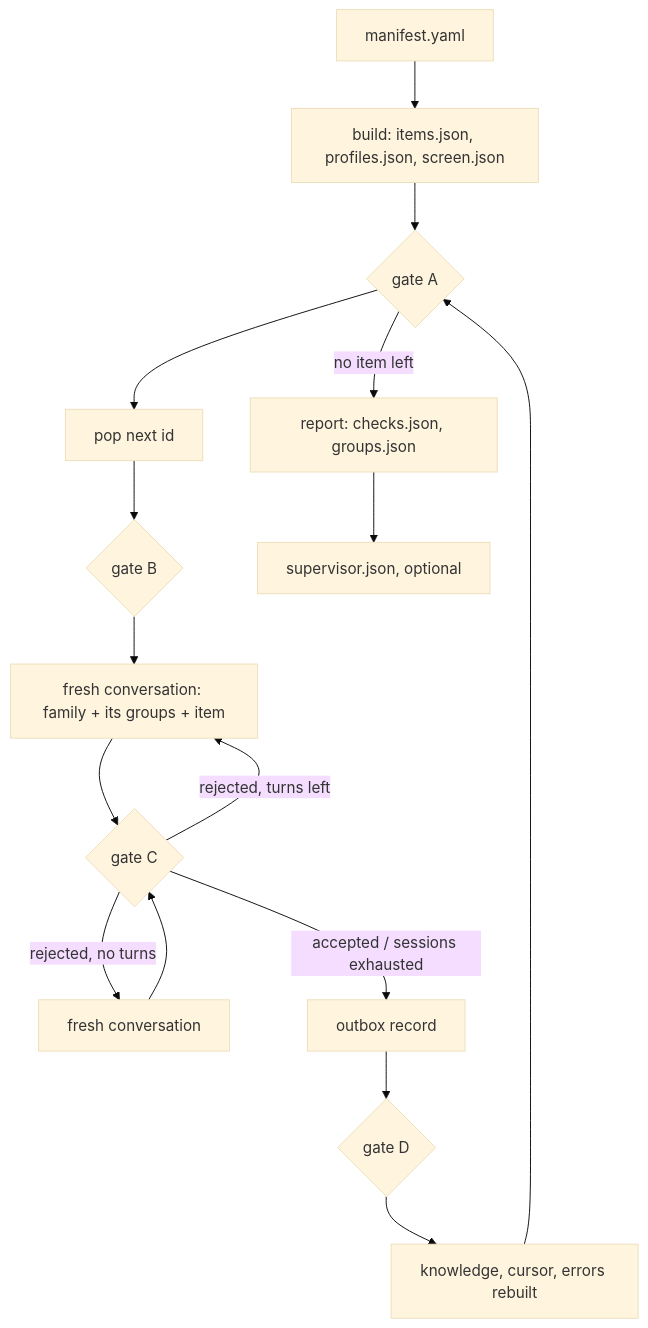
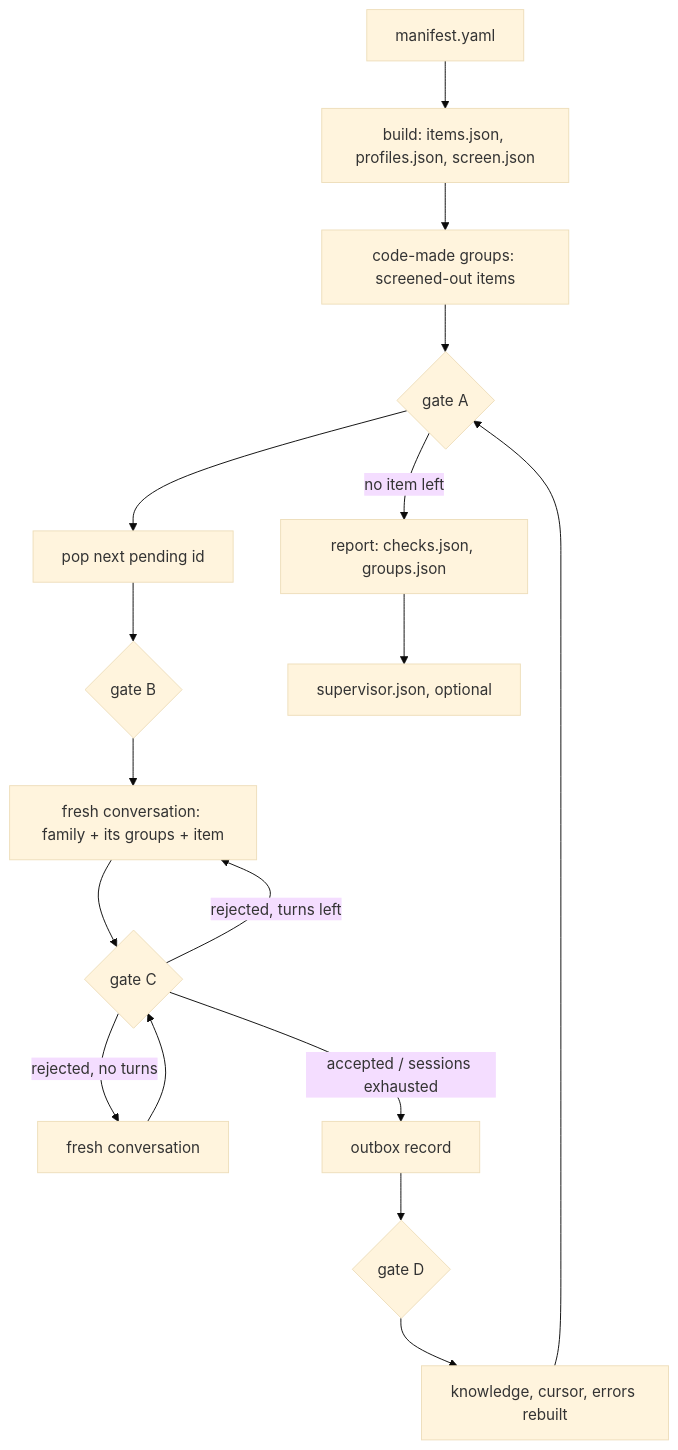
The diagram in perf-repair/docs/grouping.md (JuneKim0007/cryptobenchmark), drawn with Mermaid (base theme) before and after one commit. The commit also changed other lines of this file and 31 other files, not shown here.

First line of the commit message:
perf-repair: screened-out items are grouped by code and never asked (#55)

````diff
--- a/perf-repair/docs/grouping.md
+++ b/perf-repair/docs/grouping.md
@@ -5,14 +5,14 @@
 ```mermaid
 flowchart TD
     M[manifest.yaml] --> B[build: items.json, profiles.json, screen.json]
-    B --> A{gate A}
-    A --> P[pop next id] --> GB{gate B}
+    B --> CG[code-made groups: screened-out items] --> A{gate A}
+    A --> P[pop next pending id] --> GB{gate B}
     GB --> C[fresh conversation: family + its groups + item]
     C --> GC{gate C}
     GC -- rejected, turns left --> C
     GC -- rejected, no turns --> R[fresh conversation]
     R --> GC
     GC -- accepted / sessions exhausted --> O[outbox record] --> GD{gate D}
     GD --> K[knowledge, cursor, errors rebuilt] --> A
     A -- no item left --> X[report: checks.json, groups.json] --> S[supervisor.json, optional]
 ```
````
